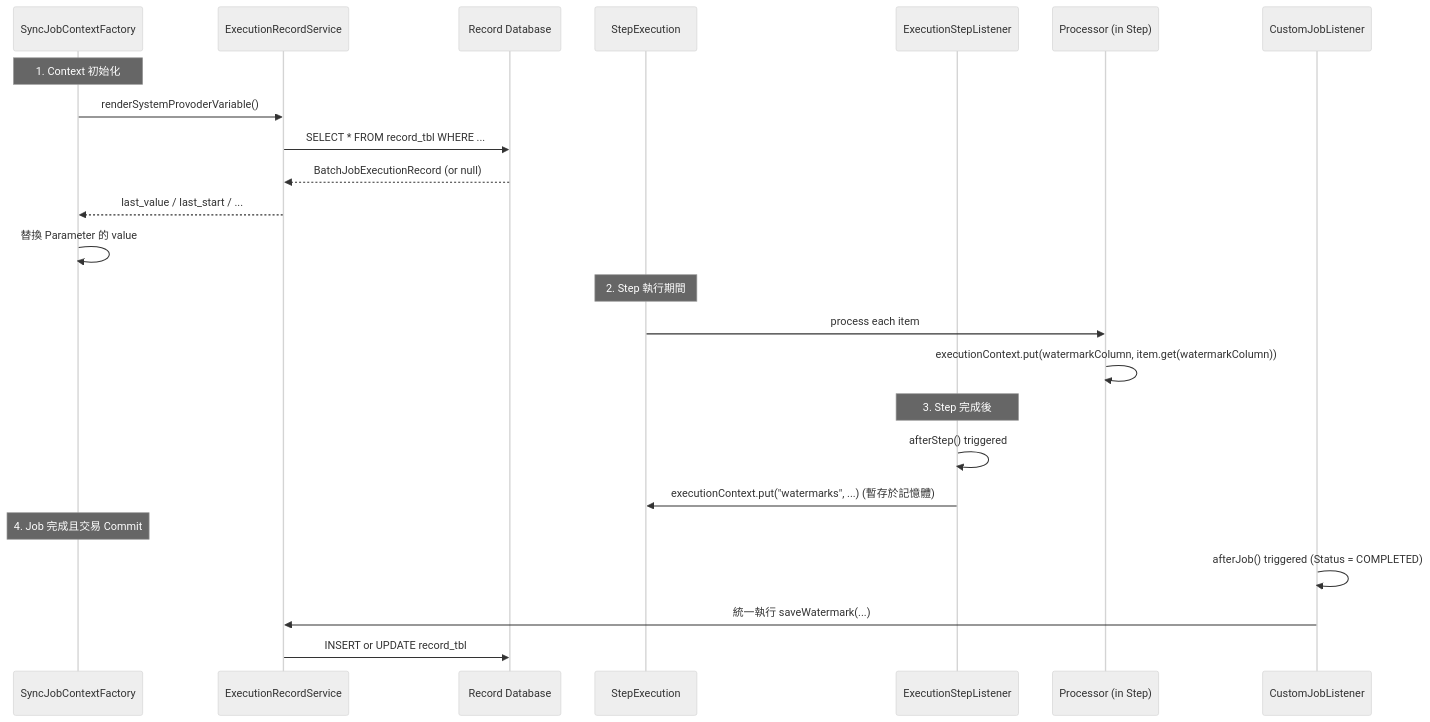
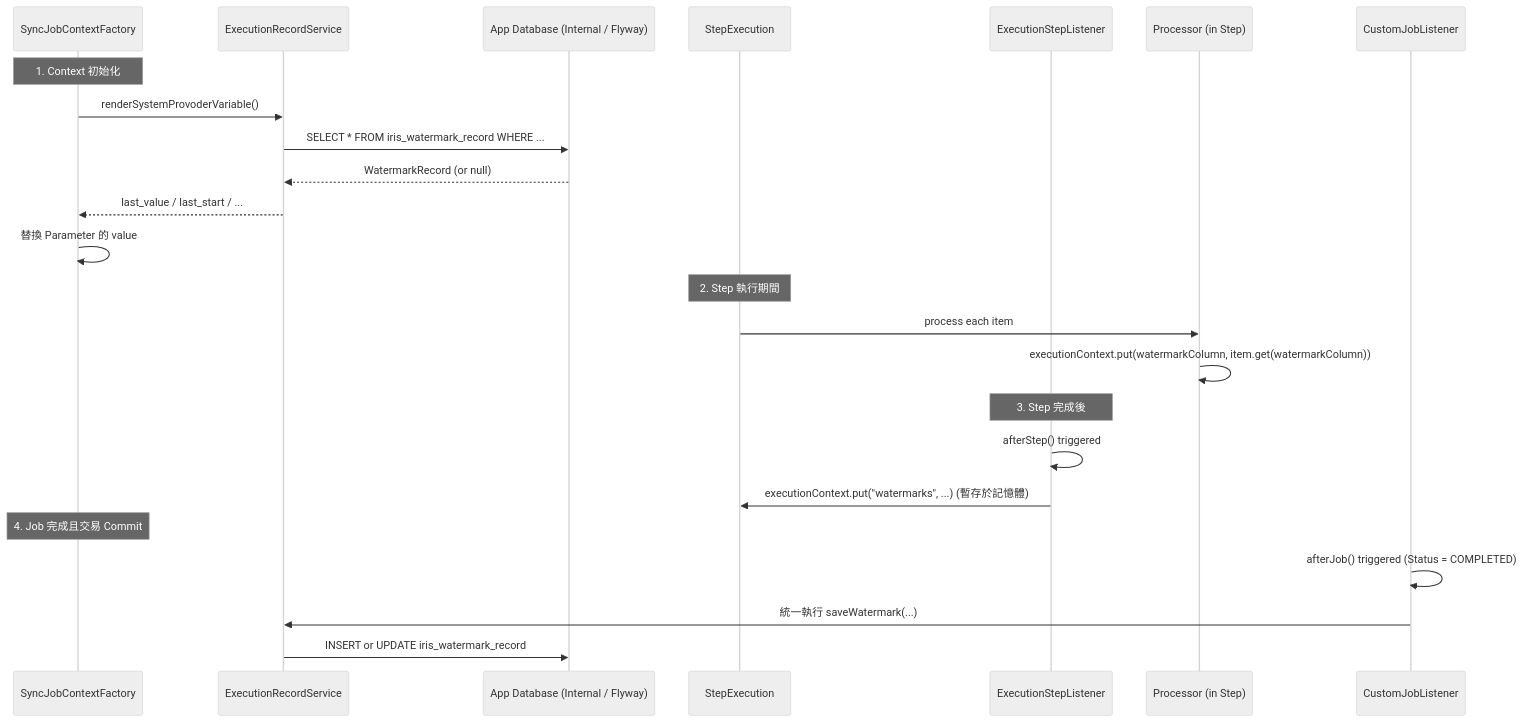
Before and after one commit to tibame201020/IrisPipe: the first of 5 diagrams in backend/docs/architecture/design-patterns.md, drawn with Mermaid (neutral theme). The commit also changed other lines of this file and 4 other files, not shown here.

Commit message:
feat: Add architectural documentation, implement Flyway migrations for centralized watermark storage, introduce K6 E2E tests, and apply various bug fixes and refactorings.

````diff
--- a/backend/docs/architecture/design-patterns.md
+++ b/backend/docs/architecture/design-patterns.md
@@ -32,30 +32,30 @@
 ```mermaid
 sequenceDiagram
     participant Factory as SyncJobContextFactory
     participant ERS as ExecutionRecordService
-    participant RecordDB as Record Database
+    participant AppDB as App Database (Internal / Flyway)
     participant Step as StepExecution
     participant Listener as ExecutionStepListener
     participant Proc as Processor (in Step)
 
     Note over Factory: 1. Context 初始化
     Factory->>ERS: renderSystemProvoderVariable()
-    ERS->>RecordDB: SELECT * FROM record_tbl WHERE ...
-    RecordDB-->>ERS: BatchJobExecutionRecord (or null)
+    ERS->>AppDB: SELECT * FROM iris_watermark_record WHERE ...
+    AppDB-->>ERS: WatermarkRecord (or null)
     ERS-->>Factory: last_value / last_start / ...
     Factory->>Factory: 替換 Parameter 的 value
 
     Note over Step: 2. Step 執行期間
     Step->>Proc: process each item
     Proc->>Proc: executionContext.put(watermarkColumn, item.get(watermarkColumn))
 
     Note over Listener: 3. Step 完成後
     Listener->>Listener: afterStep() triggered
     Listener->>Step: executionContext.put("watermarks", ...) (暫存於記憶體)
 
     Note over Factory: 4. Job 完成且交易 Commit
     participant JL as CustomJobListener
     JL->>JL: afterJob() triggered (Status = COMPLETED)
     JL->>ERS: 統一執行 saveWatermark(...)
-    ERS->>RecordDB: INSERT or UPDATE record_tbl
+    ERS->>AppDB: INSERT or UPDATE iris_watermark_record
 ```
````
